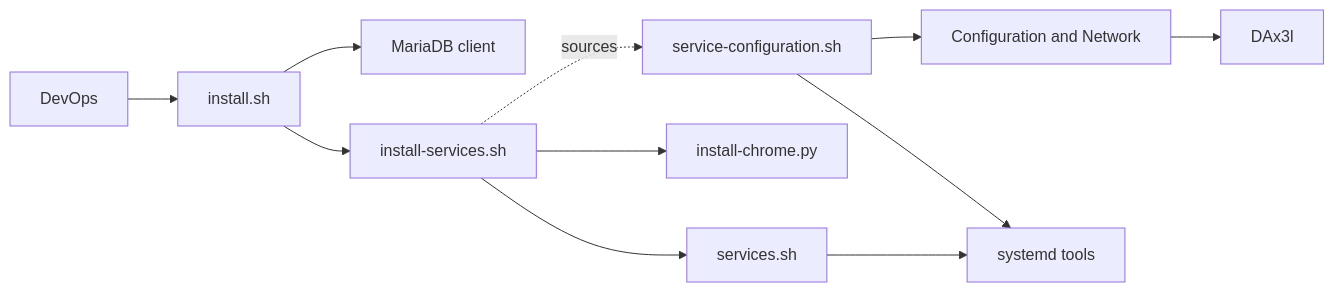
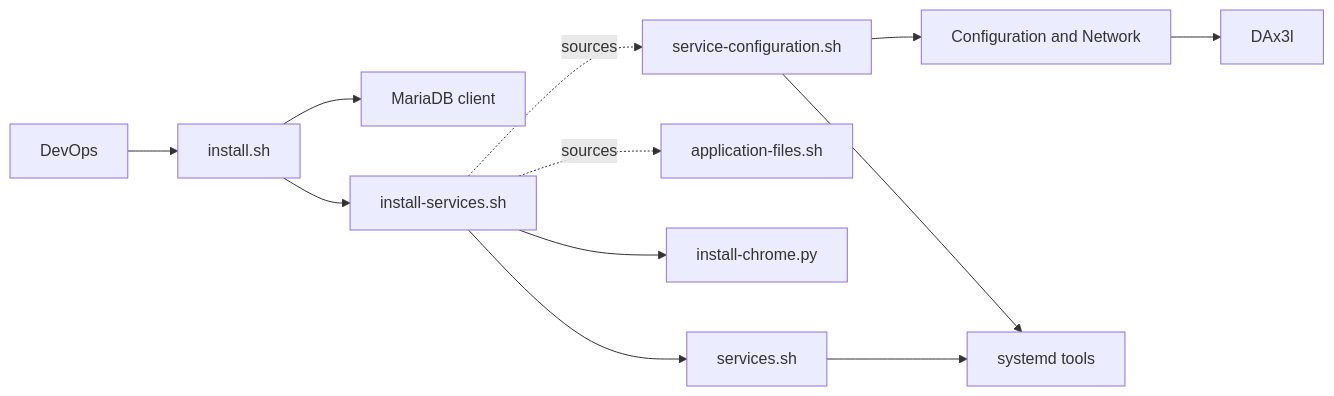
One commit to NadimGhaznavi/ax3l changed the first of 2 diagrams in docs/design/uc-01-deploy-ax3l-software.md. Above: the diagram before and after it, drawn with Mermaid. The commit also changed other lines of this file and 10 other files, not shown here.

````diff
--- a/docs/design/uc-01-deploy-ax3l-software.md
+++ b/docs/design/uc-01-deploy-ax3l-software.md
@@ -24,13 +21,14 @@
 ```mermaid
 flowchart LR
     devops["DevOps"] --> installer["install.sh"]
     installer --> database["MariaDB client"]
     installer --> services["install-services.sh"]
     services -.->|sources| settings["service-configuration.sh"]
+    services -.->|sources| files["application-files.sh"]
     settings --> configuration["Configuration and Network"]
     configuration --> defaults["DAx3l"]
     services --> browser["install-chrome.py"]
     services --> lifecycle["services.sh"]
     settings --> systemd["systemd tools"]
     lifecycle --> systemd
 ```
````
